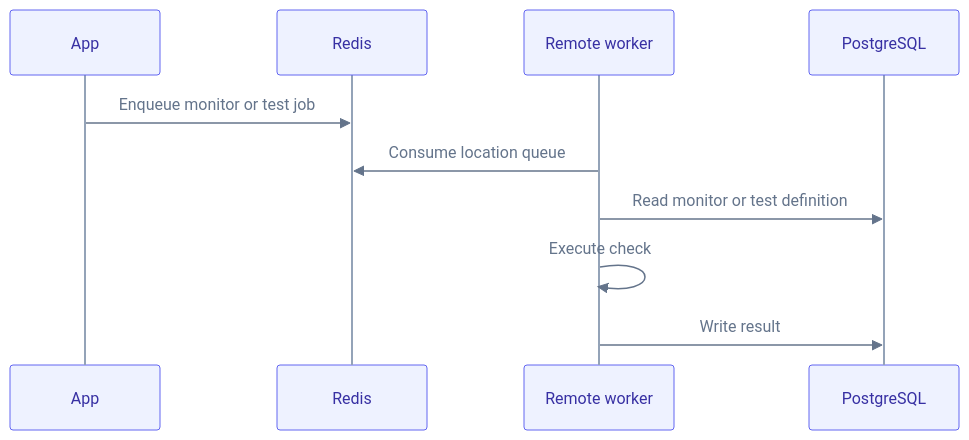
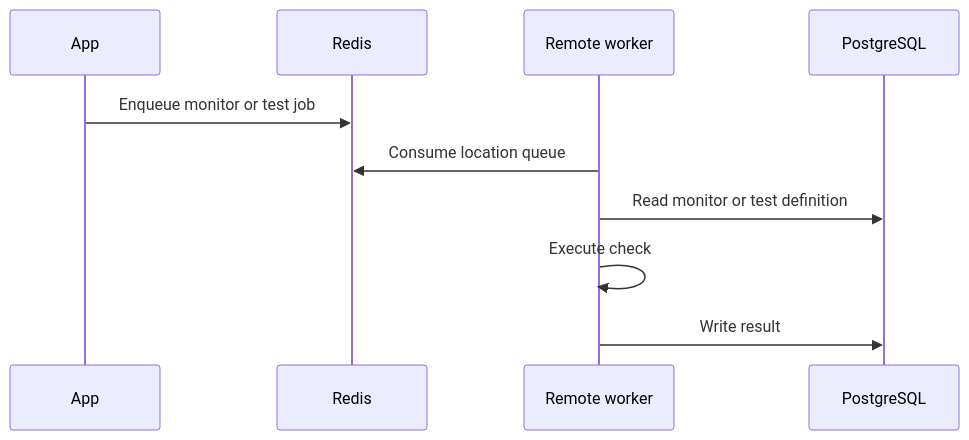
One commit to supercheck-io/supercheck changed the second of 2 diagrams in docs/content/docs/app/deployment/multi-location.mdx. Above: the diagram before and after it, drawn with Mermaid. The commit also changed other lines of this file and 15 other files, not shown here.

First line of the commit message:
docs: revert diagram restyle, keep AI SRE in architecture diagrams

````diff
--- a/docs/content/docs/app/deployment/multi-location.mdx
+++ b/docs/content/docs/app/deployment/multi-location.mdx
@@ -84,14 +62,13 @@
 ```mermaid
-%%{init: {"theme":"base","themeVariables":{"fontFamily":"ui-sans-serif, system-ui, -apple-system, Segoe UI, Roboto, sans-serif","primaryColor":"#eef2ff","primaryTextColor":"#3730a3","primaryBorderColor":"#6366f1","lineColor":"#94a3b8","secondaryColor":"#fffbeb","secondaryTextColor":"#92400e","secondaryBorderColor":"#f59e0b","tertiaryColor":"#ecfdf5","tertiaryTextColor":"#065f46","tertiaryBorderColor":"#10b981","clusterBkg":"#f8fafc","clusterBorder":"#cbd5e1","edgeLabelBackground":"#ffffff","actorBkg":"#eef2ff","actorBorder":"#6366f1","actorTextColor":"#3730a3","actorLineColor":"#94a3b8","signalColor":"#64748b","signalTextColor":"#64748b","labelBoxBkgColor":"#fffbeb","labelBoxBorderColor":"#f59e0b","labelTextColor":"#92400e","loopTextColor":"#64748b","activationBkgColor":"#ddd6fe","activationBorderColor":"#7c3aed","noteBkgColor":"#fef9c3","noteBorderColor":"#eab308","noteTextColor":"#713f12","textColor":"#475569","mainBkg":"#ffffff"}}}%%
 sequenceDiagram
     participant App as App
     participant Redis
     participant Remote as Remote worker
     participant PG as PostgreSQL
 
     App->>Redis: Enqueue monitor or test job
     Remote->>Redis: Consume location queue
     Remote->>PG: Read monitor or test definition
     Remote->>Remote: Execute check
     Remote->>PG: Write result
 ```
````
